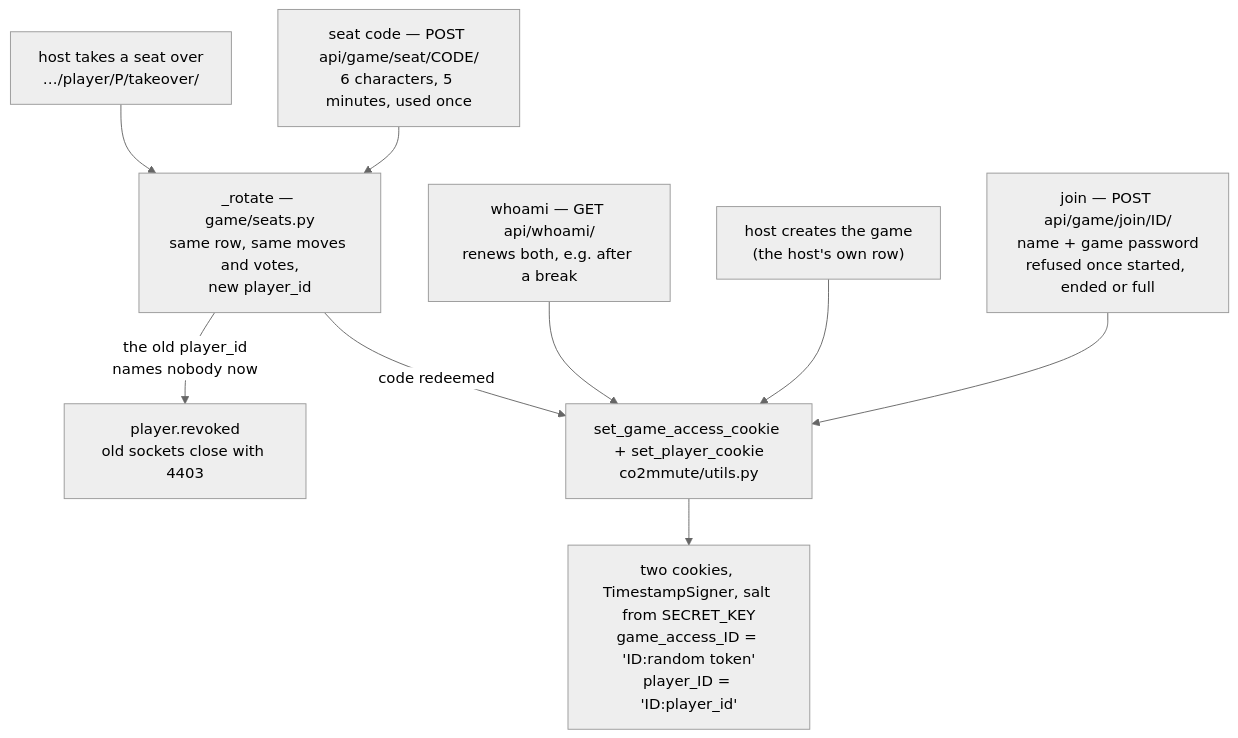
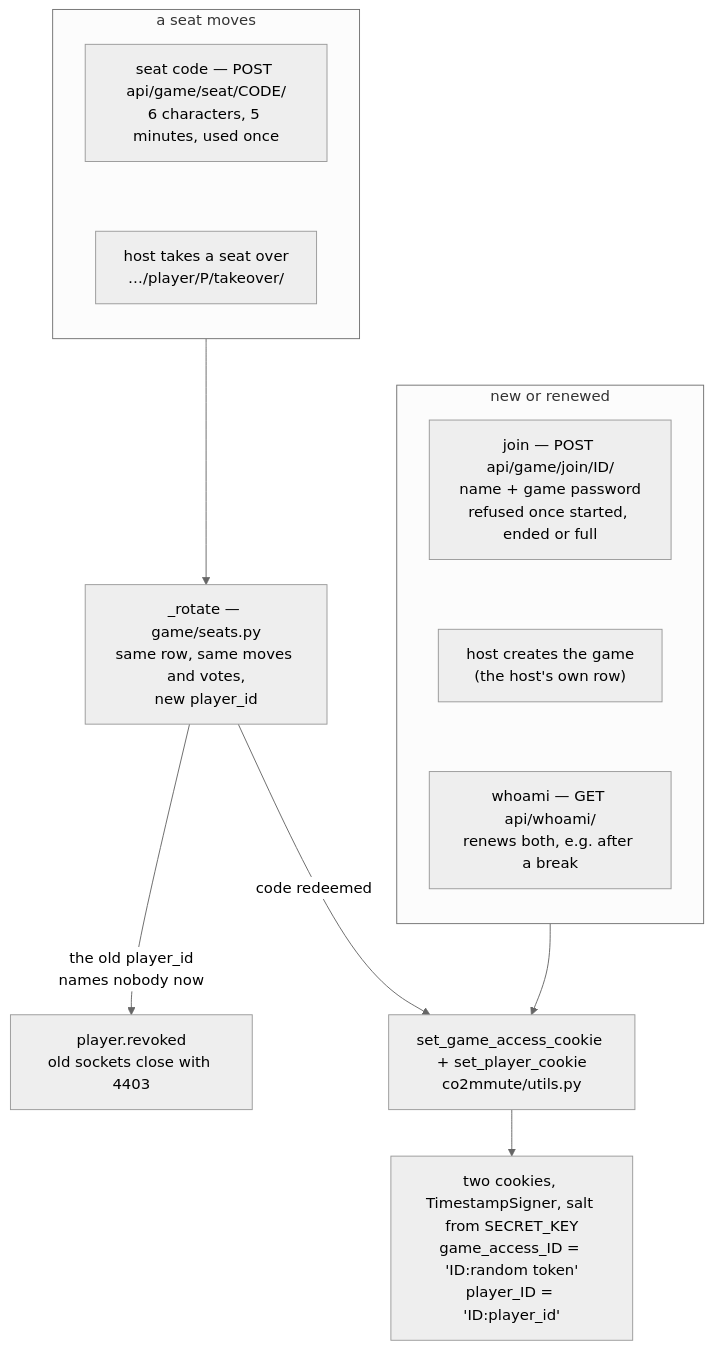
One commit to luke-hirsch/co2mmute changed the third of 12 diagrams in docs/en-flowcharts.md. Above: the diagram before and after it, drawn with Mermaid (neutral theme). The commit also changed other lines of this file and 16 other files, not shown here.

````diff
--- a/docs/en-flowcharts.md
+++ b/docs/en-flowcharts.md
@@ -105,21 +107,25 @@
 ```mermaid
 flowchart TD
-    join["join — POST api/game/join/ID/<br>name + game password<br>refused once started, ended or full"]
-    create["host creates the game<br>(the host's own row)"]
-    whoami["whoami — GET api/whoami/<br>renews both, e.g. after a break"]
-    code["seat code — POST api/game/seat/CODE/<br>6 characters, 5 minutes, used once"]
-    takeover["host takes a seat over<br>…/player/P/takeover/"]
+    subgraph move["a seat moves"]
+        direction TB
+        code["seat code — POST api/game/seat/CODE/<br>6 characters, 5 minutes, used once"]
+        takeover["host takes a seat over<br>…/player/P/takeover/"]
+        code ~~~ takeover
+    end
+    subgraph fresh["new or renewed"]
+        direction TB
+        join["join — POST api/game/join/ID/<br>name + game password<br>refused once started, ended or full"]
+        create["host creates the game<br>(the host's own row)"]
+        whoami["whoami — GET api/whoami/<br>renews both, e.g. after a break"]
+        join ~~~ create ~~~ whoami
+    end
 
-    code --> rotate
-    takeover --> rotate
+    move --> rotate
     rotate["_rotate — game/seats.py<br>same row, same moves and votes,<br>new player_id"]
     rotate -->|"the old player_id<br>names nobody now"| revoked["player.revoked<br>old sockets close with 4403"]
-
-    join --> mint
-    create --> mint
-    whoami --> mint
     rotate -->|"code redeemed"| mint
+    fresh --> mint
 
     mint["set_game_access_cookie + set_player_cookie<br>co2mmute/utils.py"]
     mint --> cookies["two cookies, TimestampSigner, salt from SECRET_KEY<br>game_access_ID = 'ID:random token'<br>player_ID = 'ID:player_id'"]
 ```
````
